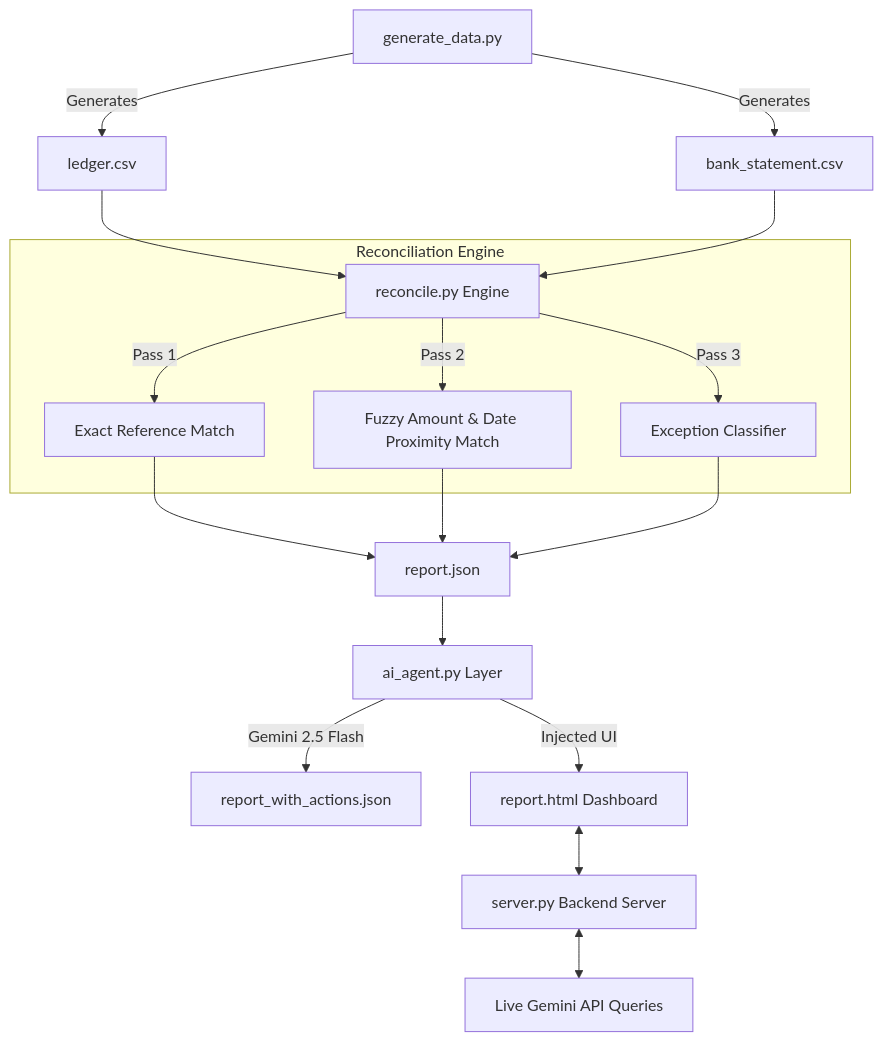
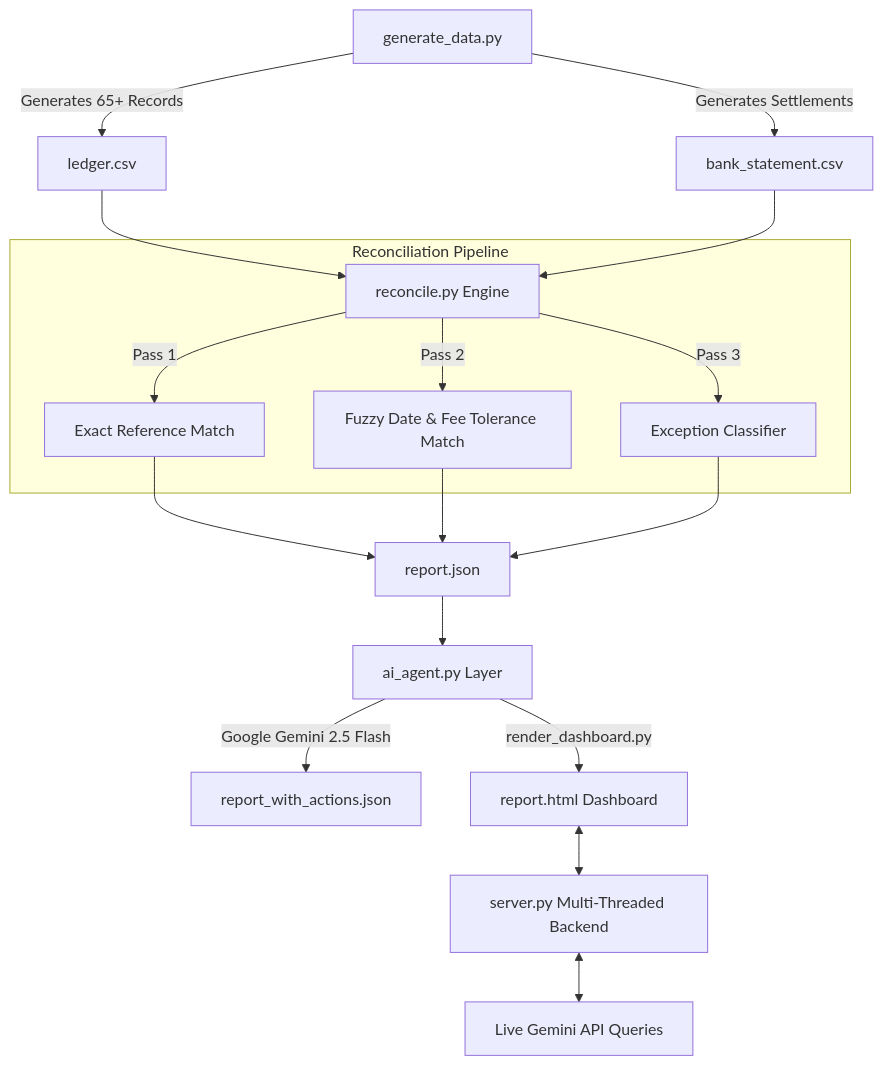
One commit to kumaradi9508/reconmate-ai-agent changed the diagram in README.md. Above: the diagram before and after it, drawn with Mermaid. The commit also changed other lines of this file and 8 other files, not shown here.

Commit message:
feat: upgrade dashboard UI, add dashboard preview image, enhance server with multi-threading and port fallback, and update README

````diff
--- a/README.md
+++ b/README.md
@@ -35,23 +42,23 @@
 ```mermaid
 flowchart TD
-    A[generate_data.py] -->|Generates| B[ledger.csv]
-    A -->|Generates| C[bank_statement.csv]
+    A[generate_data.py] -->|Generates 65+ Records| B[ledger.csv]
+    A -->|Generates Settlements| C[bank_statement.csv]
     
     B & C --> D[reconcile.py Engine]
     
-    subgraph Reconciliation Engine
+    subgraph Reconciliation Pipeline
         D -->|Pass 1| E[Exact Reference Match]
-        D -->|Pass 2| F[Fuzzy Amount & Date Proximity Match]
+        D -->|Pass 2| F[Fuzzy Date & Fee Tolerance Match]
         D -->|Pass 3| G[Exception Classifier]
     end
     
     E & F --> H[report.json]
     G --> H
     
     H --> I[ai_agent.py Layer]
-    I -->|Gemini 2.5 Flash| J[report_with_actions.json]
-    I -->|Injected UI| K[report.html Dashboard]
+    I -->|Google Gemini 2.5 Flash| J[report_with_actions.json]
+    I -->|render_dashboard.py| K[report.html Dashboard]
     
-    K <--> L[server.py Backend Server]
+    K <--> L[server.py Multi-Threaded Backend]
     L <--> M[Live Gemini API Queries]
 ```
````
